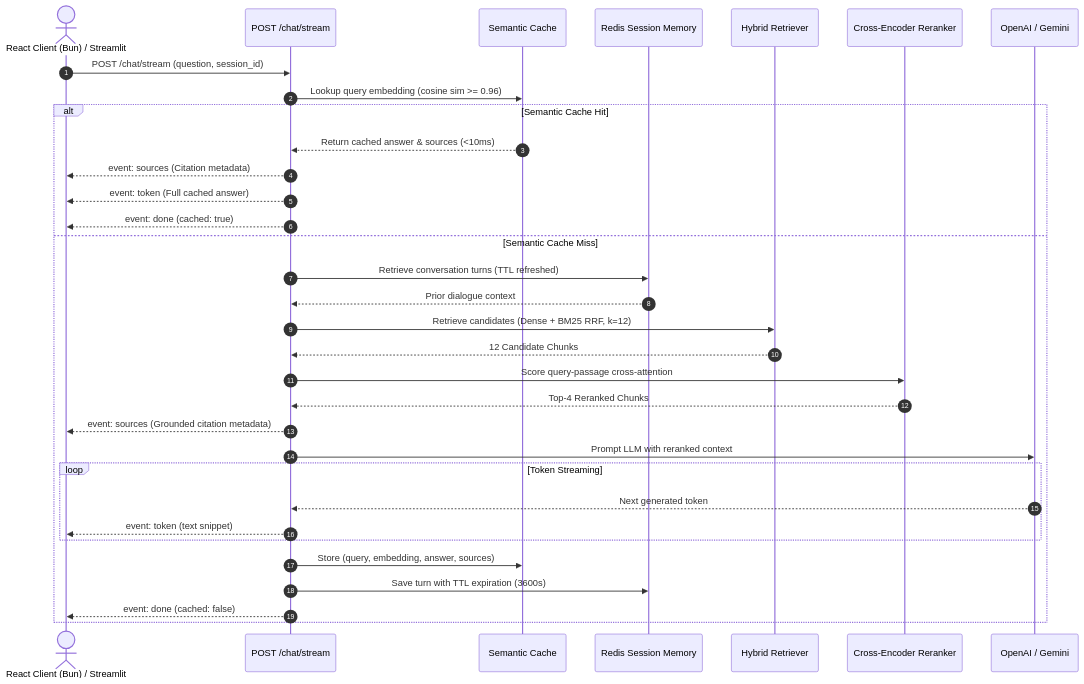
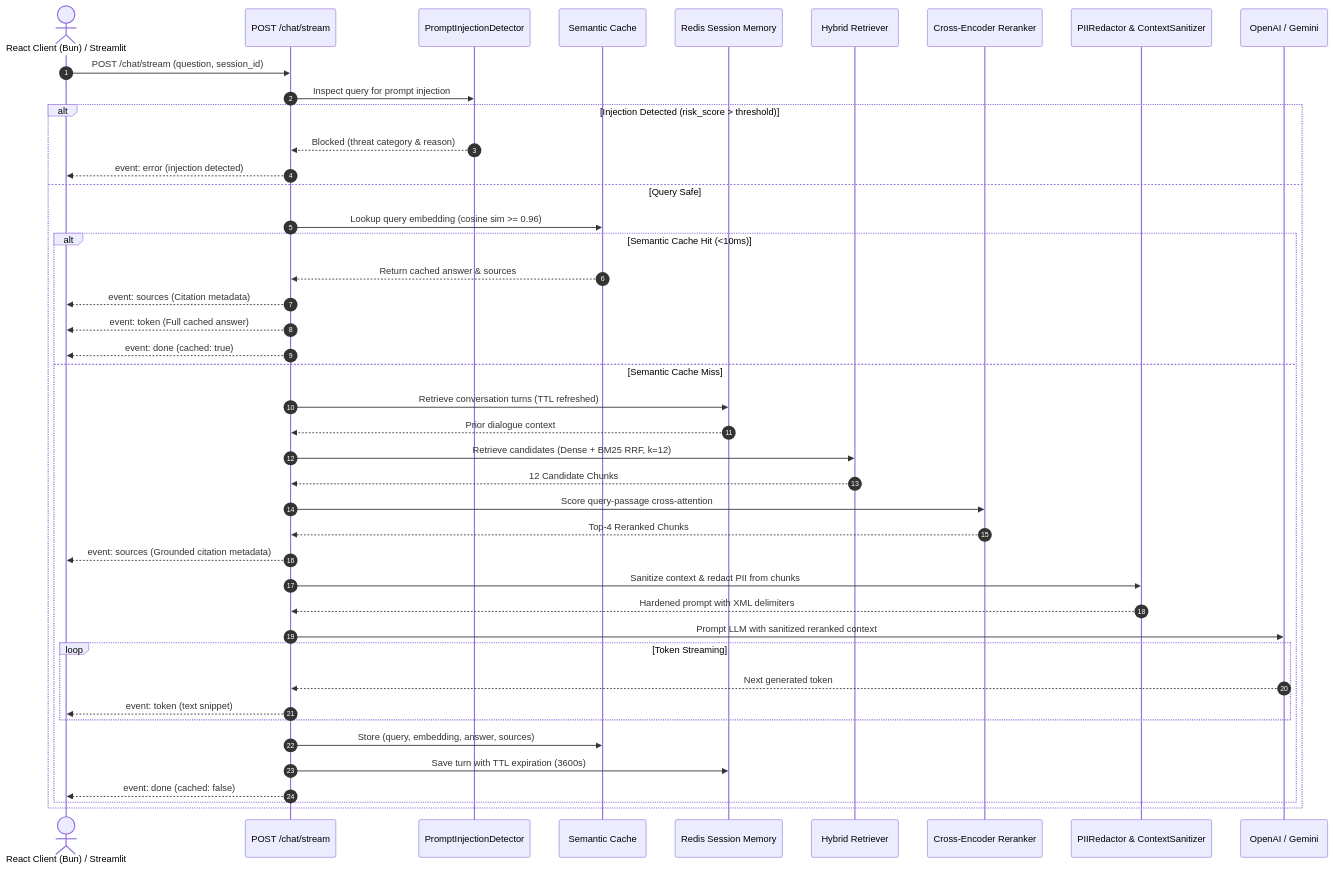
Before and after one commit to faizan-7890/SecureRAG: the third of 3 diagrams in ARCHITECTURE.md, drawn with Mermaid. The commit also changed other lines of this file and 2 other files, not shown here.

Commit message:
docs: update ARCHITECTURE.md to v5, add v5 infographic, and refresh DIAGRAMS_GALLERY

````diff
--- a/ARCHITECTURE.md
+++ b/ARCHITECTURE.md
@@ -227,36 +264,46 @@
 ```mermaid
 sequenceDiagram
     autonumber
     actor Client as React Client (Bun) / Streamlit
     participant ChatAPI as POST /chat/stream
+    participant Guard as PromptInjectionDetector
     participant Cache as Semantic Cache
     participant Redis as Redis Session Memory
     participant Retriever as Hybrid Retriever
     participant Reranker as Cross-Encoder Reranker
+    participant PII as PIIRedactor & ContextSanitizer
     participant LLM as OpenAI / Gemini
 
     Client->>ChatAPI: POST /chat/stream (question, session_id)
-    ChatAPI->>Cache: Lookup query embedding (cosine sim >= 0.96)
-    alt Semantic Cache Hit
-        Cache-->>ChatAPI: Return cached answer & sources (<10ms)
-        ChatAPI-->>Client: event: sources (Citation metadata)
-        ChatAPI-->>Client: event: token (Full cached answer)
-        ChatAPI-->>Client: event: done (cached: true)
-    else Semantic Cache Miss
-        ChatAPI->>Redis: Retrieve conversation turns (TTL refreshed)
-        Redis-->>ChatAPI: Prior dialogue context
-        ChatAPI->>Retriever: Retrieve candidates (Dense + BM25 RRF, k=12)
-        Retriever-->>ChatAPI: 12 Candidate Chunks
-        ChatAPI->>Reranker: Score query-passage cross-attention
-        Reranker-->>ChatAPI: Top-4 Reranked Chunks
-        ChatAPI-->>Client: event: sources (Grounded citation metadata)
-        ChatAPI->>LLM: Prompt LLM with reranked context
-        loop Token Streaming
-            LLM-->>ChatAPI: Next generated token
-            ChatAPI-->>Client: event: token (text snippet)
+    ChatAPI->>Guard: Inspect query for prompt injection
+    alt Injection Detected (risk_score > threshold)
+        Guard-->>ChatAPI: Blocked (threat category & reason)
+        ChatAPI-->>Client: event: error (injection detected)
+    else Query Safe
+        ChatAPI->>Cache: Lookup query embedding (cosine sim >= 0.96)
+        alt Semantic Cache Hit (<10ms)
+            Cache-->>ChatAPI: Return cached answer & sources
+            ChatAPI-->>Client: event: sources (Citation metadata)
+            ChatAPI-->>Client: event: token (Full cached answer)
+            ChatAPI-->>Client: event: done (cached: true)
+        else Semantic Cache Miss
+            ChatAPI->>Redis: Retrieve conversation turns (TTL refreshed)
+            Redis-->>ChatAPI: Prior dialogue context
+            ChatAPI->>Retriever: Retrieve candidates (Dense + BM25 RRF, k=12)
+            Retriever-->>ChatAPI: 12 Candidate Chunks
+            ChatAPI->>Reranker: Score query-passage cross-attention
+            Reranker-->>ChatAPI: Top-4 Reranked Chunks
+            ChatAPI-->>Client: event: sources (Grounded citation metadata)
+            ChatAPI->>PII: Sanitize context & redact PII from chunks
+            PII-->>ChatAPI: Hardened prompt with XML delimiters
+            ChatAPI->>LLM: Prompt LLM with sanitized reranked context
+            loop Token Streaming
+                LLM-->>ChatAPI: Next generated token
+                ChatAPI-->>Client: event: token (text snippet)
+            end
+            ChatAPI->>Cache: Store (query, embedding, answer, sources)
+            ChatAPI->>Redis: Save turn with TTL expiration (3600s)
+            ChatAPI-->>Client: event: done (cached: false)
         end
-        ChatAPI->>Cache: Store (query, embedding, answer, sources)
-        ChatAPI->>Redis: Save turn with TTL expiration (3600s)
-        ChatAPI-->>Client: event: done (cached: false)
     end
 ```
````
